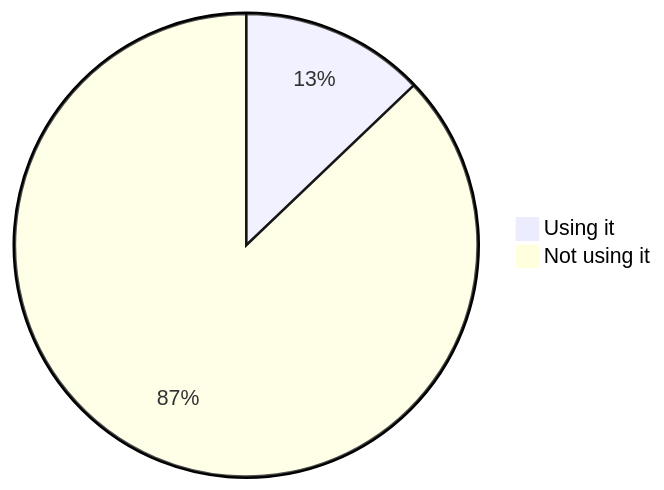
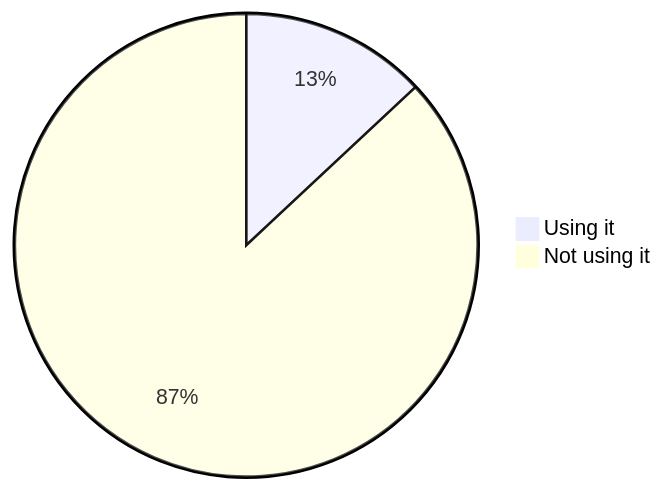
Before and after one commit to oshp/oshp-stats: diagram 13 of 22 in stats.md, drawn with Mermaid. The commit also changed other lines of this file, not shown here.

````diff
--- a/stats.md
+++ b/stats.md
@@ -154,6 +154,6 @@
 ```mermaid
 pie
-	"Using it" : 12.87
-	"Not using it" : 87.13
+	"Using it" : 13.04
+	"Not using it" : 86.96
 
 ```
````
